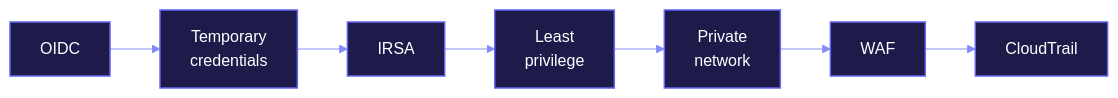
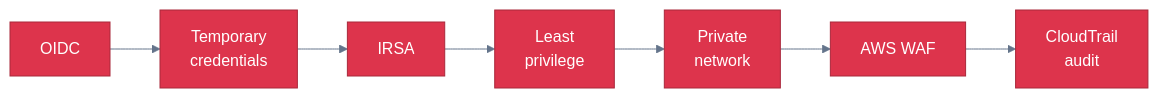
The fifth of 6 diagrams in README.md (Rohit-1920/Rohit-1920), drawn with Mermaid before and after one commit. The commit also changed other lines of this file, not shown here.

````diff
--- a/README.md
+++ b/README.md
@@ -290,13 +267,7 @@
 ```mermaid
-%%{init: {'theme':'base','themeVariables':{'fontFamily':'Inter, ui-sans-serif, system-ui, sans-serif','lineColor':'#818CF8','textColor':'#E2E8F0','edgeLabelBackground':'#1E1B4B','primaryTextColor':'#FFFFFF'}}}%%
+%%{init: {'theme':'base','themeVariables':{'fontFamily':'Inter, ui-sans-serif, system-ui, sans-serif','lineColor':'#64748B','primaryTextColor':'#FFFFFF'}}}%%
 flowchart LR
-  A["OIDC"] --> B["Temporary<br/>credentials"] --> C["IRSA"] --> D["Least<br/>privilege"] --> E["Private<br/>network"] --> F["WAF"] --> G["CloudTrail"]
-classDef aws fill:#1E1B4B,stroke:#6366F1,color:#FFF,stroke-width:1.5px
-classDef k8s fill:#4338CA,stroke:#C7D2FE,color:#FFF,stroke-width:1.5px
-classDef ci fill:#1E1B4B,stroke:#6366F1,color:#FFF,stroke-width:1.5px
-classDef iac fill:#1E1B4B,stroke:#6366F1,color:#FFF,stroke-width:1.5px
-classDef obs fill:#1E1B4B,stroke:#6366F1,color:#FFF,stroke-width:1.5px
-classDef sec fill:#1E1B4B,stroke:#6366F1,color:#FFF,stroke-width:1.5px
-classDef neu fill:#0F0D2E,stroke:#4F46E5,color:#FFF,stroke-width:1.5px
-class A,B,C,D,E,F,G sec
+  A["OIDC"] --> B["Temporary<br/>credentials"] --> C["IRSA"] --> D["Least<br/>privilege"] --> E["Private<br/>network"] --> F["AWS WAF"] --> G["CloudTrail<br/>audit"]
+  classDef sec fill:#DD344C,stroke:#A9283B,color:#FFFFFF
+  class A,B,C,D,E,F,G sec
 ```
````
